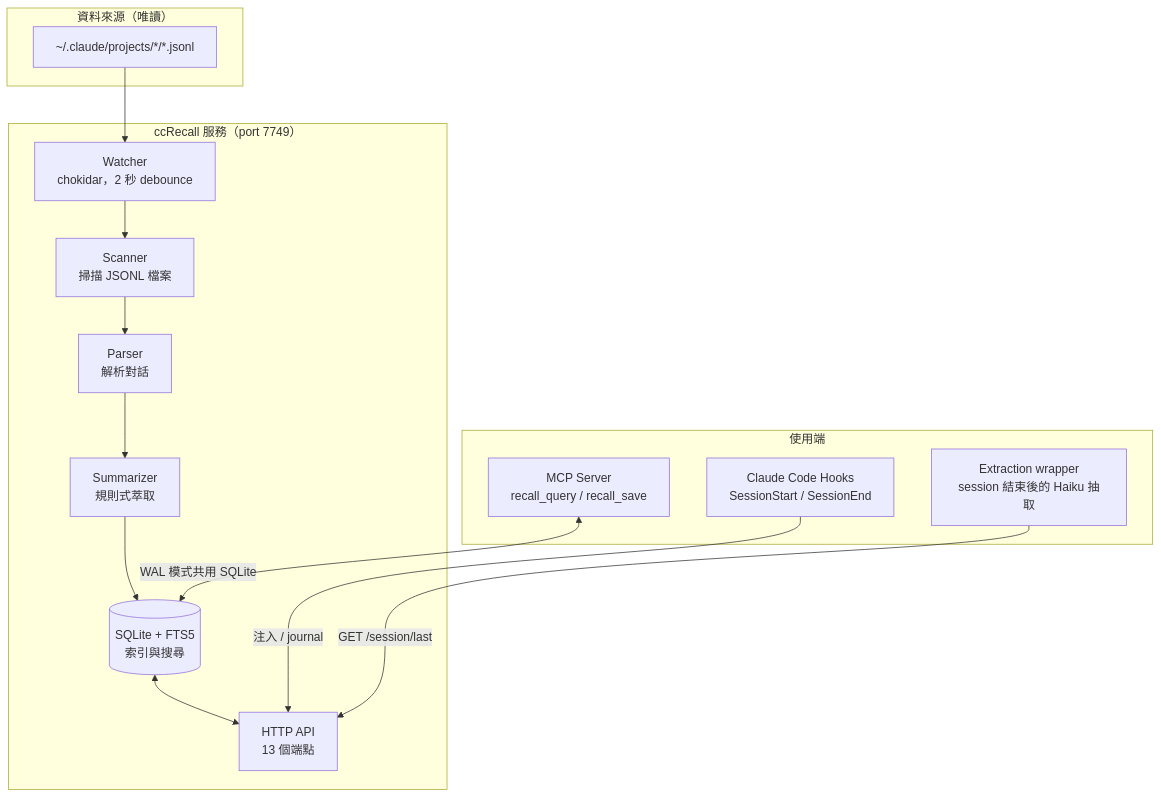
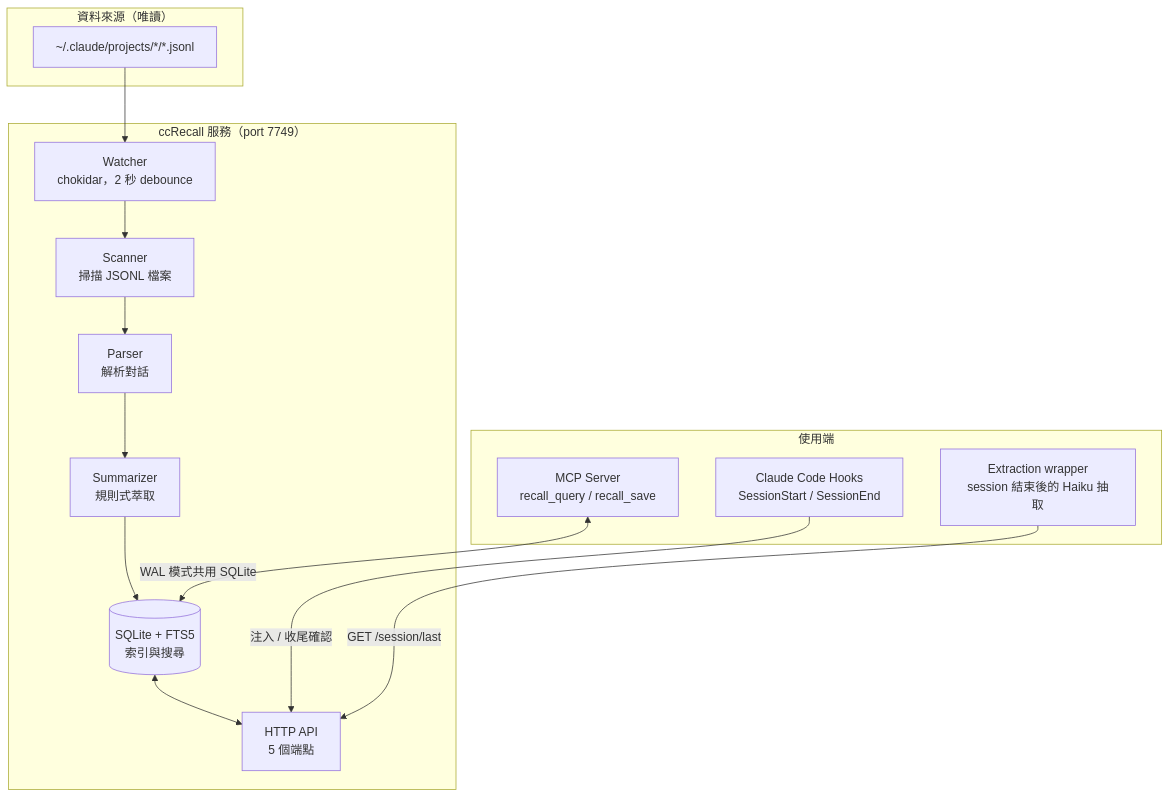
The first of 2 diagrams in README_ZH.md (tznthou/ccRecall), drawn with Mermaid before and after one commit. The commit also changed other lines of this file and 34 other files, not shown here.

````diff
--- a/README_ZH.md
+++ b/README_ZH.md
@@ -53,27 +52,27 @@
 ```mermaid
 flowchart TB
     subgraph Input["資料來源（唯讀）"]
         JSONL["~/.claude/projects/*/*.jsonl"]
     end
 
     subgraph Core["ccRecall 服務（port 7749）"]
         Watcher["Watcher<br/>chokidar，2 秒 debounce"]
         Scanner["Scanner<br/>掃描 JSONL 檔案"]
         Parser["Parser<br/>解析對話"]
         Summarizer["Summarizer<br/>規則式萃取"]
         DB[("SQLite + FTS5<br/>索引與搜尋")]
-        API["HTTP API<br/>13 個端點"]
+        API["HTTP API<br/>5 個端點"]
     end
 
     subgraph Consumers["使用端"]
         Hook["Claude Code Hooks<br/>SessionStart / SessionEnd"]
         Wrapper["Extraction wrapper<br/>session 結束後的 Haiku 抽取"]
         MCP["MCP Server<br/>recall_query / recall_save"]
     end
 
     JSONL --> Watcher --> Scanner --> Parser --> Summarizer --> DB
     DB <--> API
-    Hook -->|"注入 / journal"| API
+    Hook -->|"注入 / 收尾確認"| API
     Wrapper -->|"GET /session/last"| API
     MCP <-->|"WAL 模式共用 SQLite"| DB
 ```
````
